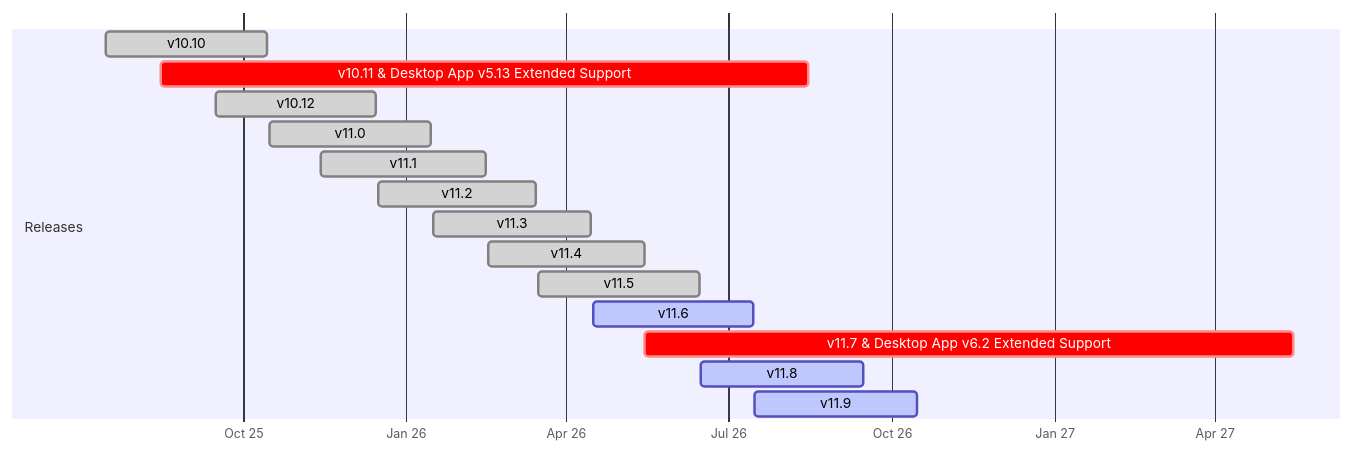
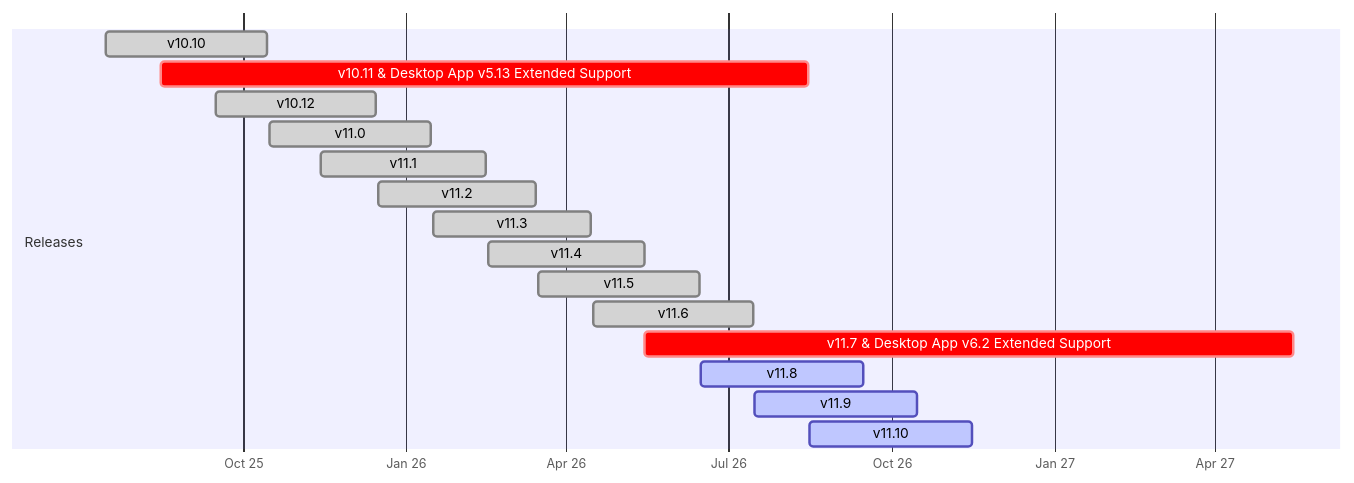
Before and after one commit to mattermost/docs: the diagram in source/product-overview/release-policy.md, drawn with Mermaid. The commit also changed 18 other files, not shown here.

````diff
--- a/source/product-overview/release-policy.md
+++ b/source/product-overview/release-policy.md
@@ -44,21 +44,22 @@
 ```{mermaid}
 
 gantt
     dateFormat  YYYY-MM-DD
     axisFormat  %b %y
 
     section Releases
     v10.10                 :done, 2025-07-16, 2025-10-15
     v10.11 & Desktop App v5.13 Extended Support :crit,    2025-08-16, 2026-08-15
     v10.12                 :done, 2025-09-16, 2025-12-15
     v11.0                  :done, 2025-10-16, 2026-01-15
     v11.1                  :done, 2025-11-14, 2026-02-15
     v11.2                  :done, 2025-12-16, 2026-03-15
     v11.3                  :done, 2026-01-16, 2026-04-15
     v11.4                  :done, 2026-02-16, 2026-05-15
     v11.5                  :done, 2026-03-16, 2026-06-15
-    v11.6                  :active, 2026-04-16, 2026-07-15
+    v11.6                  :done, 2026-04-16, 2026-07-15
     v11.7 & Desktop App v6.2 Extended Support :crit,    2026-05-15, 2027-05-15
     v11.8                  :active, 2026-06-16, 2026-09-15
     v11.9                  :active, 2026-07-16, 2026-10-15
+    v11.10                 :active, 2026-08-16, 2026-11-15
 ```
````
